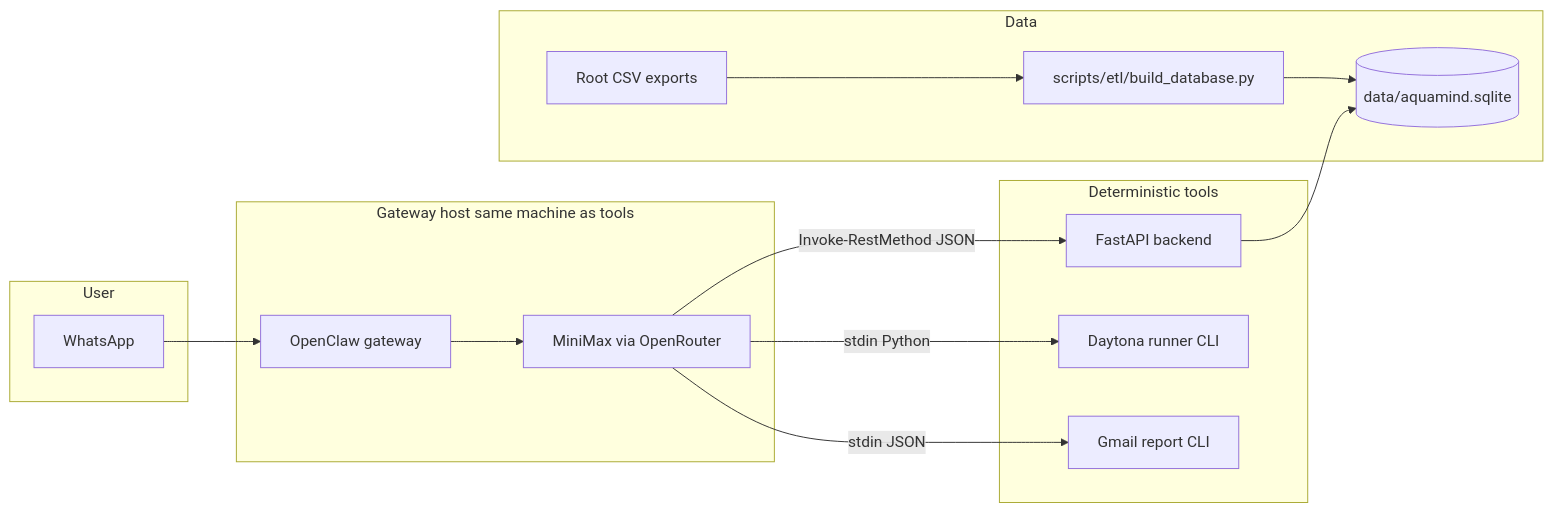
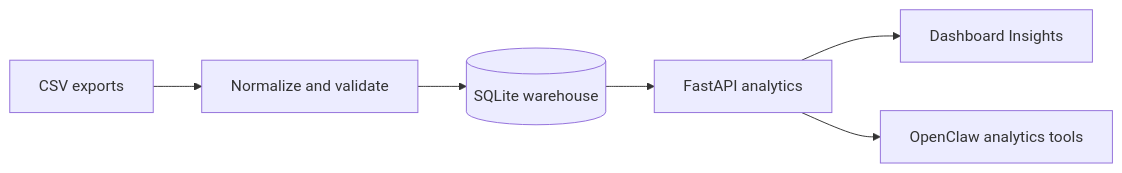
The diagram in docs/ARCHITECTURE.md (MrenXX/AquaMind), drawn with Mermaid before and after one commit. The commit also changed other lines of this file and 4 other files, not shown here.

Commit message:
Clarify telemetry workflows and current chat architecture

````diff
--- a/docs/ARCHITECTURE.md
+++ b/docs/ARCHITECTURE.md
@@ -20,28 +11,8 @@
 ```mermaid
 flowchart LR
-  subgraph userChannel [User]
-    WA[WhatsApp]
-  end
-  subgraph openclawHost [Gateway host same machine as tools]
-    OC[OpenClaw gateway]
-    MM[MiniMax via OpenRouter]
-  end
-  subgraph tools [Deterministic tools]
-    API[FastAPI backend]
-    DAY[Daytona runner CLI]
-    GMAIL[Gmail report CLI]
-  end
-  subgraph data [Data]
-    CSV[Root CSV exports]
-    ETL[scripts/etl/build_database.py]
-    DB[(data/aquamind.sqlite)]
-  end
-  WA --> OC
-  OC --> MM
-  MM -->|"Invoke-RestMethod JSON"| API
-  MM -->|"stdin Python"| DAY
-  MM -->|"stdin JSON"| GMAIL
-  CSV --> ETL
-  ETL --> DB
-  API --> DB
+    CSV[CSV exports] --> ETL[Normalize and validate]
+    ETL --> DB[(SQLite warehouse)]
+    DB --> API[FastAPI analytics]
+    API --> UI[Dashboard Insights]
+    API --> OC[OpenClaw analytics tools]
 ```
````
